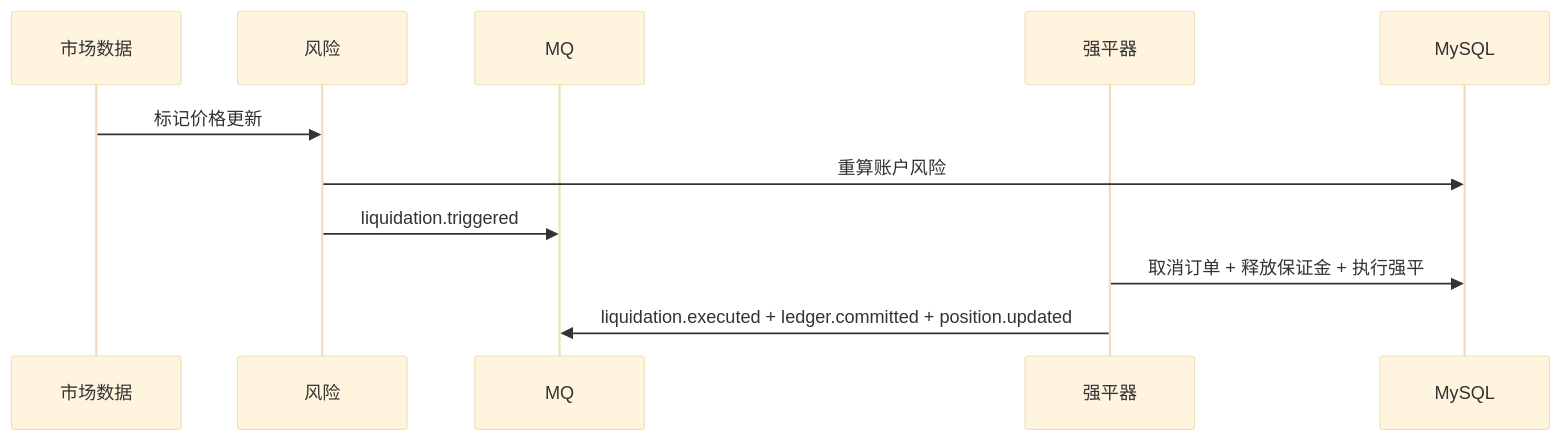
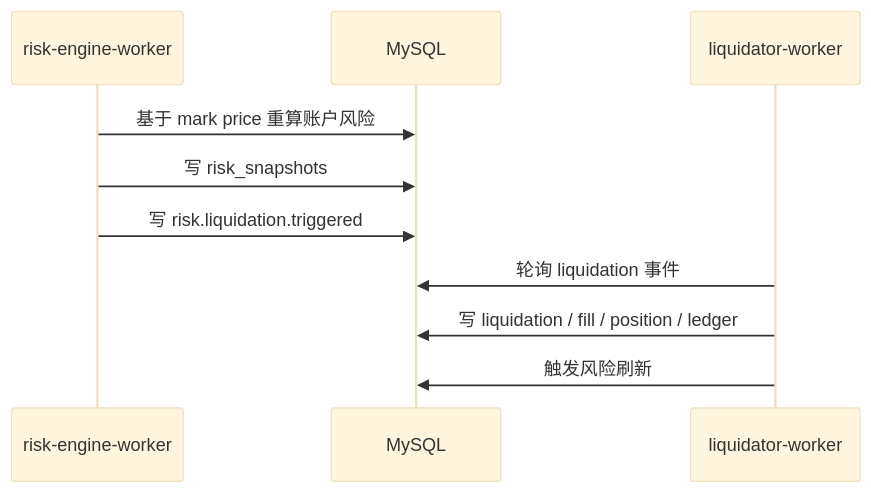
The seventh of 8 diagrams in docs/Architecture Document.md (AboAuther/RGPerpV2), drawn with Mermaid (base theme) before and after one commit. The commit also changed other lines of this file and 173 other files, not shown here.

````diff
--- a/docs/Architecture Document.md
+++ b/docs/Architecture Document.md
@@ -415,14 +478,13 @@
 ```mermaid
 sequenceDiagram
-    participant MD as 市场数据
-    participant Risk as 风险
-    participant MQ
-    participant Liquidator as 强平器
+    participant RISK as risk-engine-worker
     participant DB as MySQL
+    participant LIQ as liquidator-worker
 
-    MD->>Risk: 标记价格更新
-    Risk->>DB: 重算账户风险
-    Risk->>MQ: liquidation.triggered
-    Liquidator->>DB: 取消订单 + 释放保证金 + 执行强平
-    Liquidator->>MQ: liquidation.executed + ledger.committed + position.updated
+    RISK->>DB: 基于 mark price 重算账户风险
+    RISK->>DB: 写 risk_snapshots
+    RISK->>DB: 写 risk.liquidation.triggered
+    LIQ->>DB: 轮询 liquidation 事件
+    LIQ->>DB: 写 liquidation / fill / position / ledger
+    LIQ->>DB: 触发风险刷新
 ```
````
